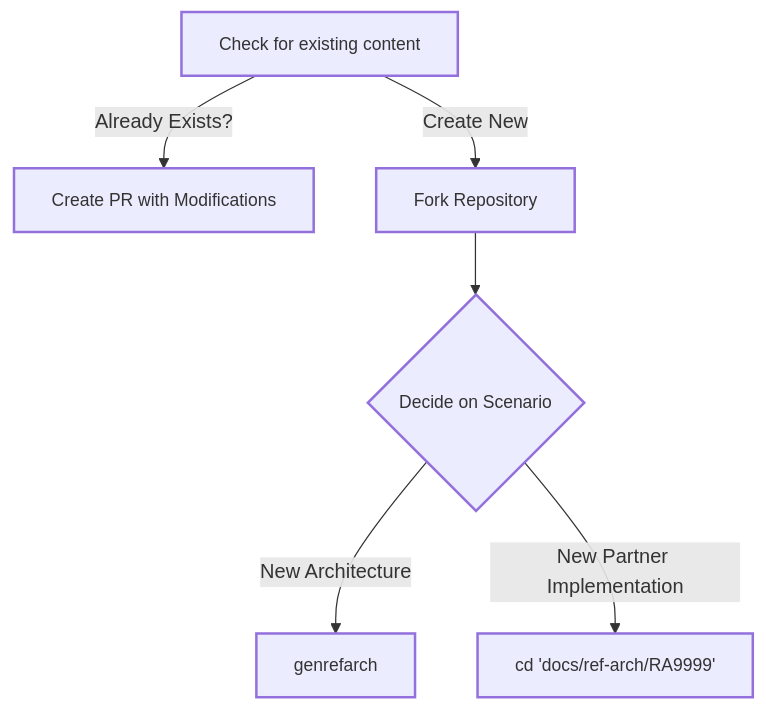
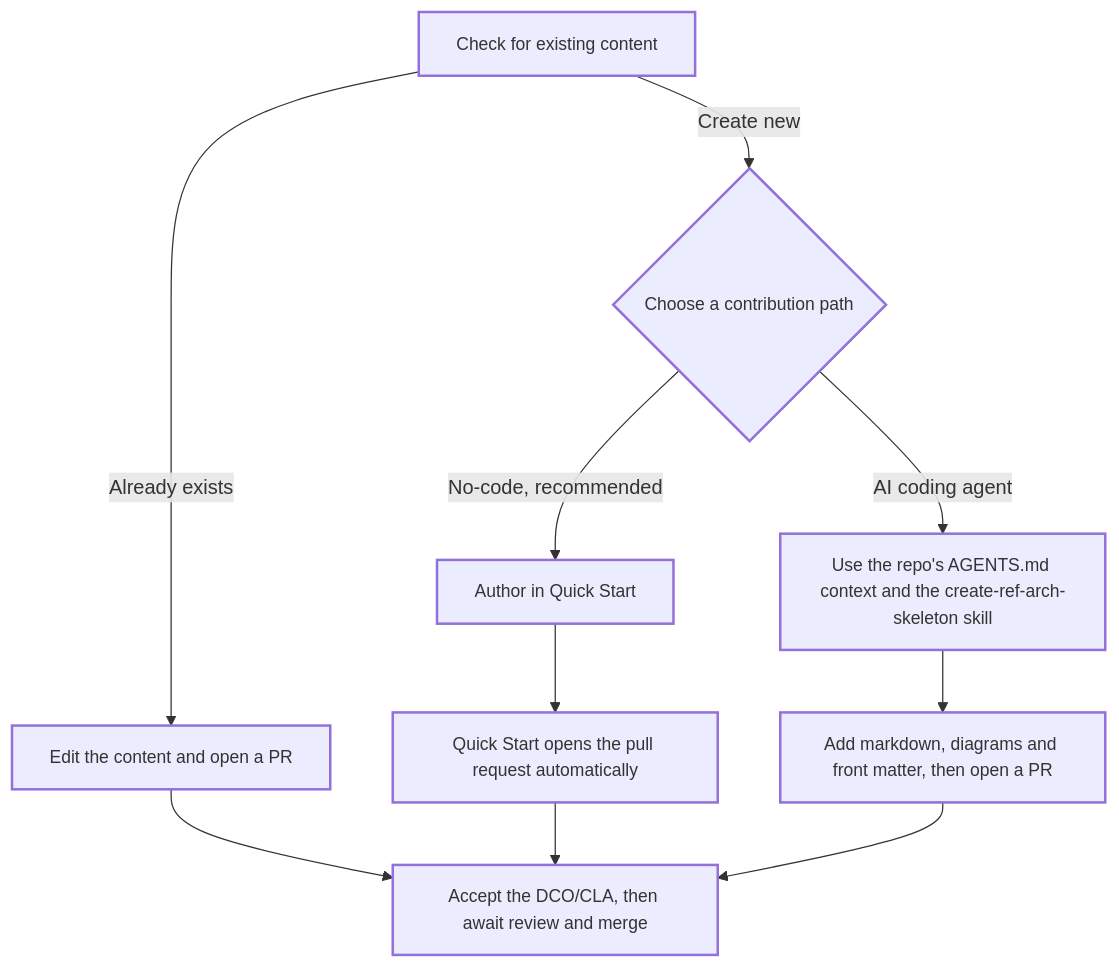
One commit to SAP/architecture-center changed the fifth of 7 diagrams in docs/community/02-Guidelines/06-diagrams.md. Above: the diagram before and after it, drawn with Mermaid. The commit also changed other lines of this file and 18 other files, not shown here.

````diff
--- a/docs/community/02-Guidelines/06-diagrams.md
+++ b/docs/community/02-Guidelines/06-diagrams.md
@@ -182,9 +182,13 @@
         ```mermaid
         graph TD
         classDef reduceSize stroke-width:2px,font-size:14px;
-        A[Check for existing content]:::reduceSize -->|Already Exists?| B[Create PR with Modifications]:::reduceSize
-        A:::reduceSize -->|Create New| D[Fork Repository]:::reduceSize
-        D:::reduceSize --> C{Decide on Scenario}:::reduceSize
-        C:::reduceSize -->|New Architecture| E[genrefarch]:::reduceSize
-        C:::reduceSize -->|New Partner Implementation| H[cd 'docs/ref-arch/RA9999']:::reduceSize
+        A[Check for existing content]:::reduceSize -->|Already exists| B[Edit the content and open a PR]:::reduceSize
+        A:::reduceSize -->|Create new| C{Choose a contribution path}:::reduceSize
+        C:::reduceSize -->|No-code, recommended| D[Author in Quick Start]:::reduceSize
+        C:::reduceSize -->|AI coding agent| E[Use the repo's AGENTS.md context and the create-ref-arch-skeleton skill]:::reduceSize
+        D:::reduceSize --> F[Quick Start opens the pull request automatically]:::reduceSize
+        E:::reduceSize --> G[Add markdown, diagrams and front matter, then open a PR]:::reduceSize
+        B:::reduceSize --> H[Accept the DCO/CLA, then await review and merge]:::reduceSize
+        F:::reduceSize --> H:::reduceSize
+        G:::reduceSize --> H:::reduceSize
         ```
````
